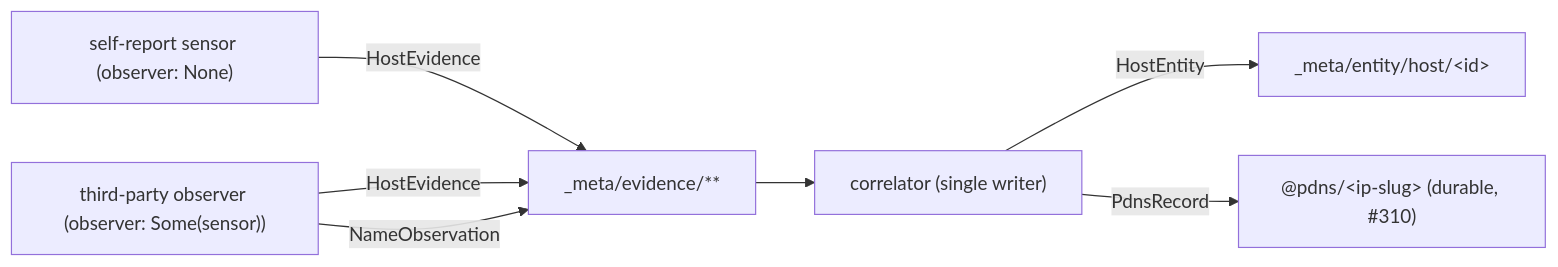
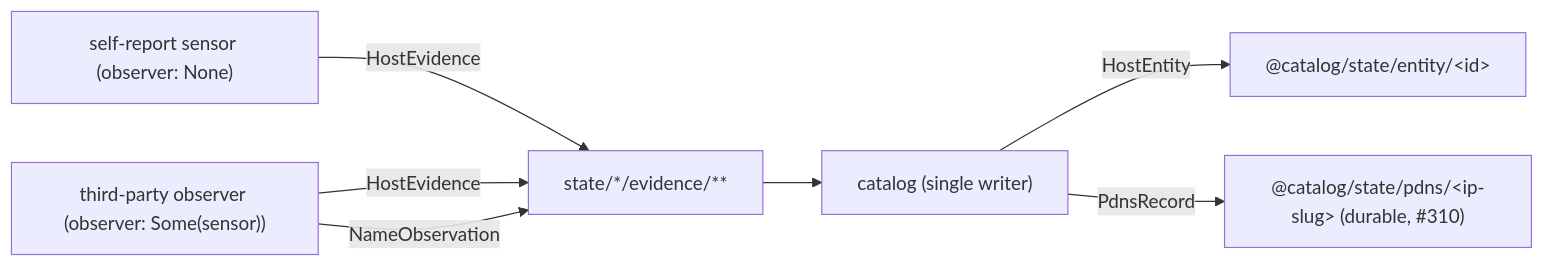
The diagram in zensight-common/docs/identity-evidence.md (p13marc/zensight), drawn with Mermaid before and after one commit. The commit also changed other lines of this file and 67 other files, not shown here.

````diff
--- a/zensight-common/docs/identity-evidence.md
+++ b/zensight-common/docs/identity-evidence.md
@@ -12,9 +14,9 @@
 ```mermaid
 flowchart LR
-    Self["self-report sensor (observer: None)"] -->|"HostEvidence"| Evidence["_meta/evidence/**"]
+    Self["self-report sensor (observer: None)"] -->|"HostEvidence"| Evidence["state/*/evidence/**"]
     Third["third-party observer (observer: Some(sensor))"] -->|"HostEvidence"| Evidence
     Third -->|"NameObservation"| Evidence
-    Evidence --> Correlator["correlator (single writer)"]
-    Correlator -->|"HostEntity"| Entity["_meta/entity/host/&lt;id&gt;"]
-    Correlator -->|"PdnsRecord"| Pdns["@pdns/&lt;ip-slug&gt; (durable, #310)"]
+    Evidence --> Correlator["catalog (single writer)"]
+    Correlator -->|"HostEntity"| Entity["@catalog/state/entity/&lt;id&gt;"]
+    Correlator -->|"PdnsRecord"| Pdns["@catalog/state/pdns/&lt;ip-slug&gt; (durable, #310)"]
 ```
````
